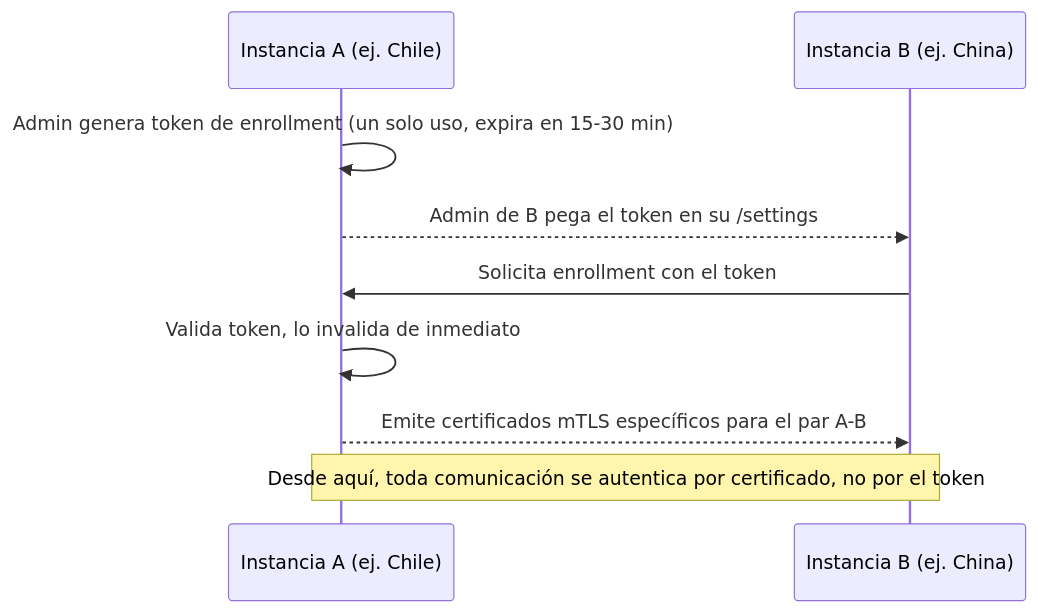
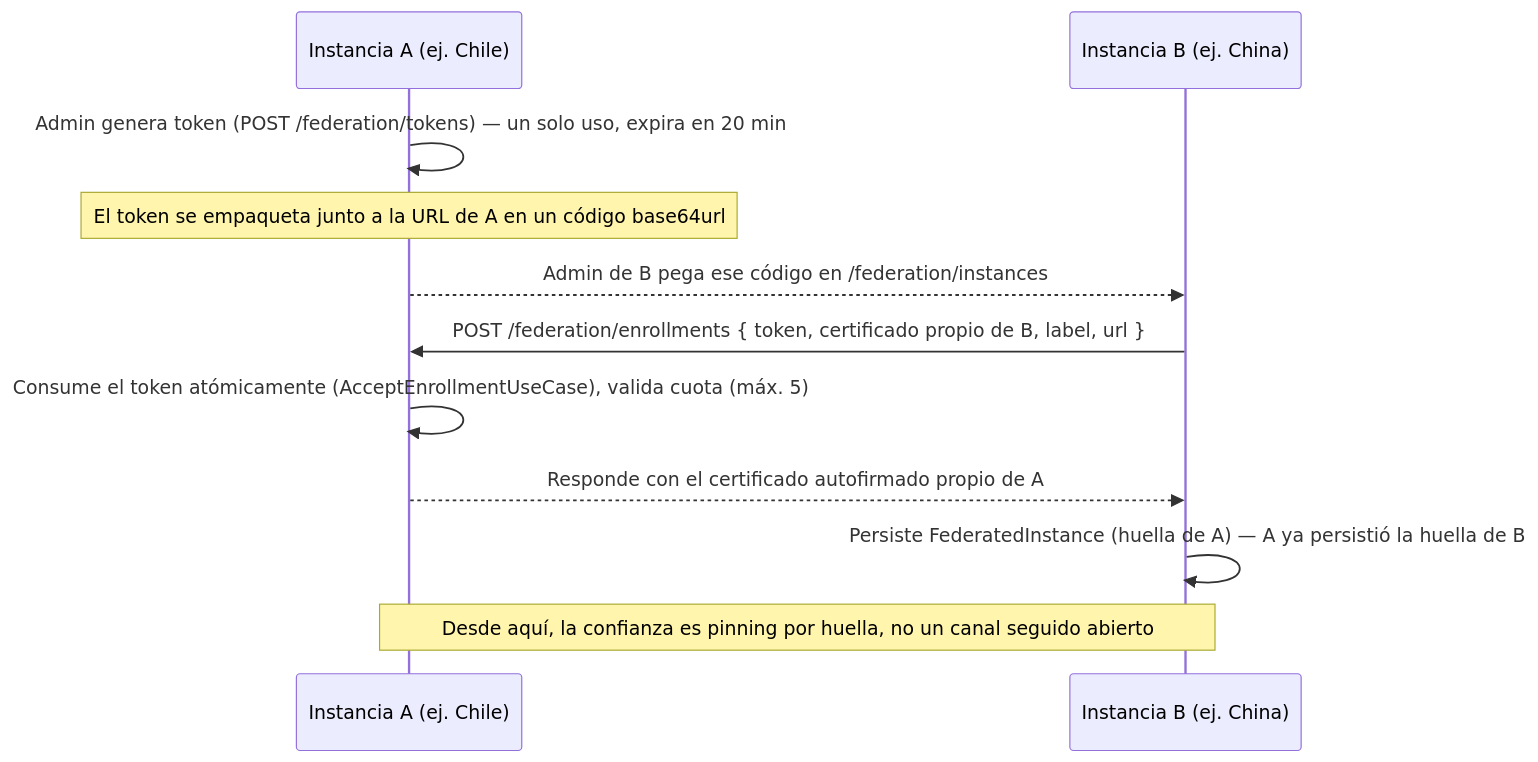
Before and after one commit to athomo001/azkin: the fourth of 5 diagrams in docs/ARCHITECTURE.md, drawn with Mermaid. The commit also changed other lines of this file and 58 other files, not shown here.

First line of the commit message:
feat: Implement mTLS federation server management and peer communication

````diff
--- a/docs/ARCHITECTURE.md
+++ b/docs/ARCHITECTURE.md
@@ -395,12 +416,14 @@
 ```mermaid
 sequenceDiagram
     participant A as Instancia A (ej. Chile)
     participant B as Instancia B (ej. China)
 
-    A->>A: Admin genera token de enrollment (un solo uso, expira en 15-30 min)
-    A-->>B: Admin de B pega el token en su /settings
-    B->>A: Solicita enrollment con el token
-    A->>A: Valida token, lo invalida de inmediato
-    A-->>B: Emite certificados mTLS específicos para el par A-B
-    Note over A,B: Desde aquí, toda comunicación se autentica por certificado, no por el token
+    A->>A: Admin genera token (POST /federation/tokens) — un solo uso, expira en 20 min
+    Note over A: El token se empaqueta junto a la URL de A en un código base64url
+    A-->>B: Admin de B pega ese código en /federation/instances
+    B->>A: POST /federation/enrollments { token, certificado propio de B, label, url }
+    A->>A: Consume el token atómicamente (AcceptEnrollmentUseCase), valida cuota (máx. 5)
+    A-->>B: Responde con el certificado autofirmado propio de A
+    B->>B: Persiste FederatedInstance (huella de A) — A ya persistió la huella de B
+    Note over A,B: Desde aquí, la confianza es pinning por huella, no un canal seguido abierto
 ```
````
